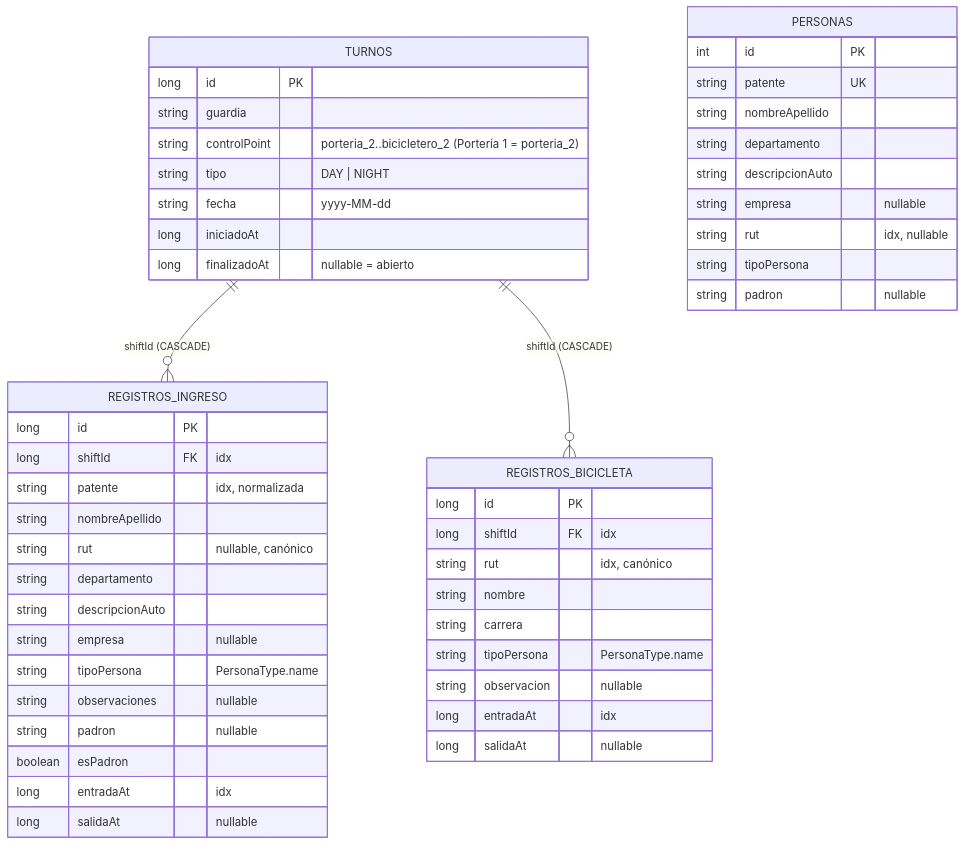
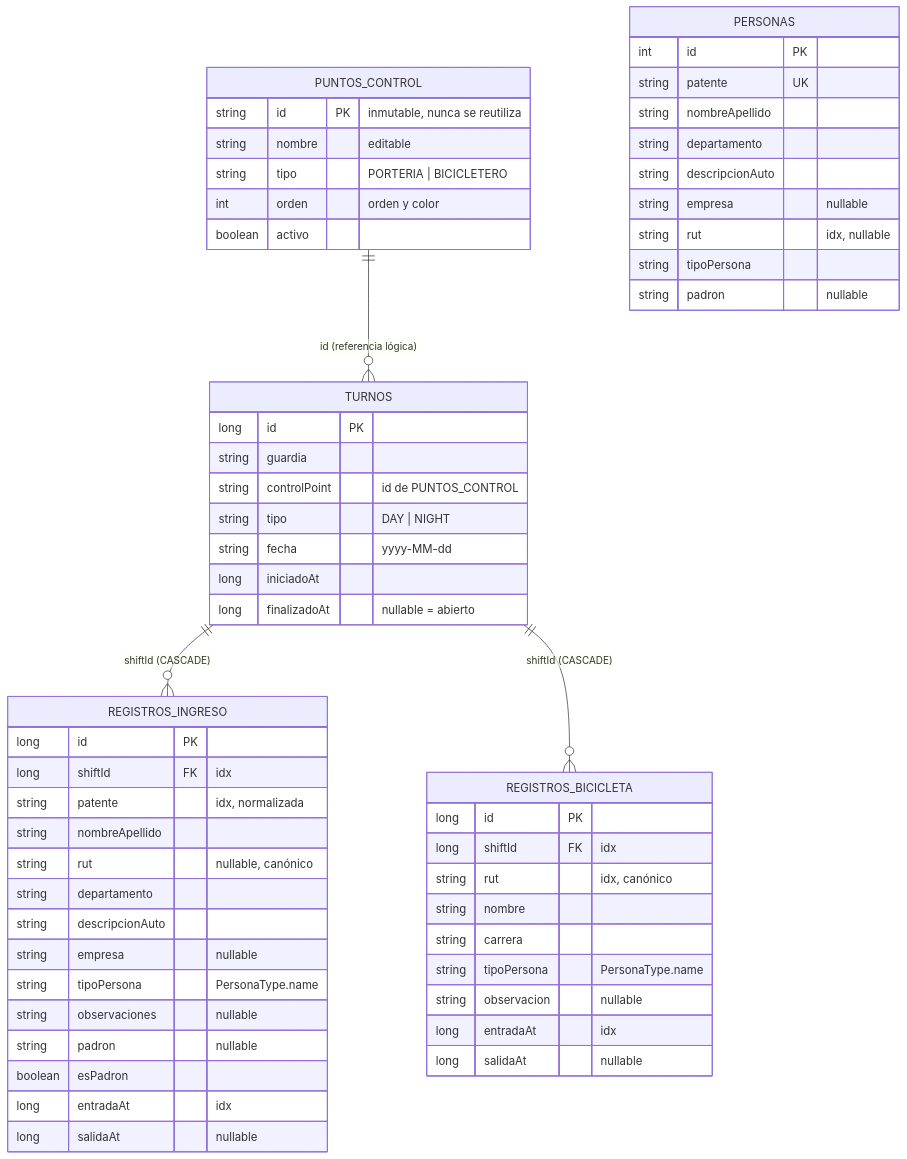
Before and after one commit to dur1al/controlate-android: the fourth of 12 diagrams in docs/DIAGRAMS.md, drawn with Mermaid. The commit also changed other lines of this file and 4 other files, not shown here.

````diff
--- a/docs/DIAGRAMS.md
+++ b/docs/DIAGRAMS.md
@@ -154,53 +164,61 @@
 ```mermaid
 erDiagram
     TURNOS ||--o{ REGISTROS_INGRESO : "shiftId (CASCADE)"
     TURNOS ||--o{ REGISTROS_BICICLETA : "shiftId (CASCADE)"
+    PUNTOS_CONTROL ||--o{ TURNOS : "id (referencia lógica)"
 
+    PUNTOS_CONTROL {
+        string id PK "inmutable, nunca se reutiliza"
+        string nombre "editable"
+        string tipo "PORTERIA | BICICLETERO"
+        int orden "orden y color"
+        boolean activo
+    }
     TURNOS {
         long id PK
         string guardia
-        string controlPoint "porteria_2..bicicletero_2 (Portería 1 = porteria_2)"
+        string controlPoint "id de PUNTOS_CONTROL"
         string tipo "DAY | NIGHT"
         string fecha "yyyy-MM-dd"
         long iniciadoAt
         long finalizadoAt "nullable = abierto"
     }
     REGISTROS_INGRESO {
         long id PK
         long shiftId FK "idx"
         string patente "idx, normalizada"
         string nombreApellido
         string rut "nullable, canónico"
         string departamento
         string descripcionAuto
         string empresa "nullable"
         string tipoPersona "PersonaType.name"
         string observaciones "nullable"
         string padron "nullable"
         boolean esPadron
         long entradaAt "idx"
         long salidaAt "nullable"
     }
     REGISTROS_BICICLETA {
         long id PK
         long shiftId FK "idx"
         string rut "idx, canónico"
         string nombre
         string carrera
         string tipoPersona "PersonaType.name"
         string observacion "nullable"
         long entradaAt "idx"
         long salidaAt "nullable"
     }
     PERSONAS {
         int id PK
         string patente UK
         string nombreApellido
         string departamento
         string descripcionAuto
         string empresa "nullable"
         string rut "idx, nullable"
         string tipoPersona
         string padron "nullable"
     }
 ```
````
